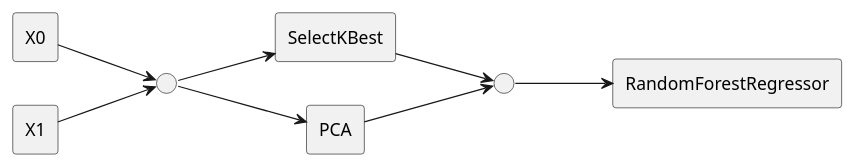
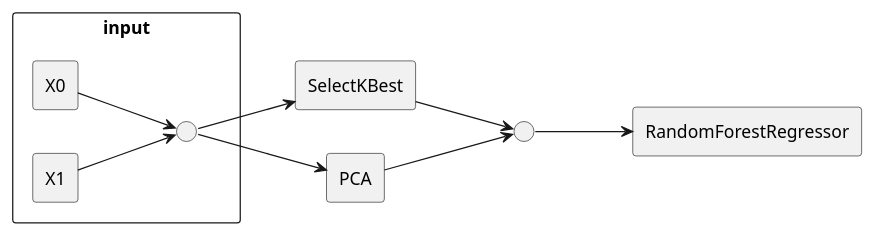
Before and after one commit to atavory/atavory.github.io: the diagram in ibex_pres/col_aggregating_further_transformations.plantuml, drawn with PlantUML. The commit also changed 10 other files, not shown here.

```diff
--- a/ibex_pres/col_aggregating_further_transformations.plantuml
+++ b/ibex_pres/col_aggregating_further_transformations.plantuml
@@ -1,27 +1,30 @@
 @startuml
 
 skinparam monochrome true
 skinparam shadowing false
 
 left to right direction
 
 skinparam artifact {
     BorderColor lightgrey
 }
 
-rectangle X0
-rectangle X1
-interface " " as c0
+rectangle input {
+    rectangle X0
+    rectangle X1
+    interface " " as c0
+}
+
 rectangle SelectKBest
 rectangle PCA
 interface " " as c1
 rectangle RandomForestRegressor
 X0 --> c0
 X1 --> c0 
 c0 --> SelectKBest
 c0 --> PCA
 SelectKBest --> c1
 PCA --> c1
 c1 --> RandomForestRegressor
 
 @enduml
```
